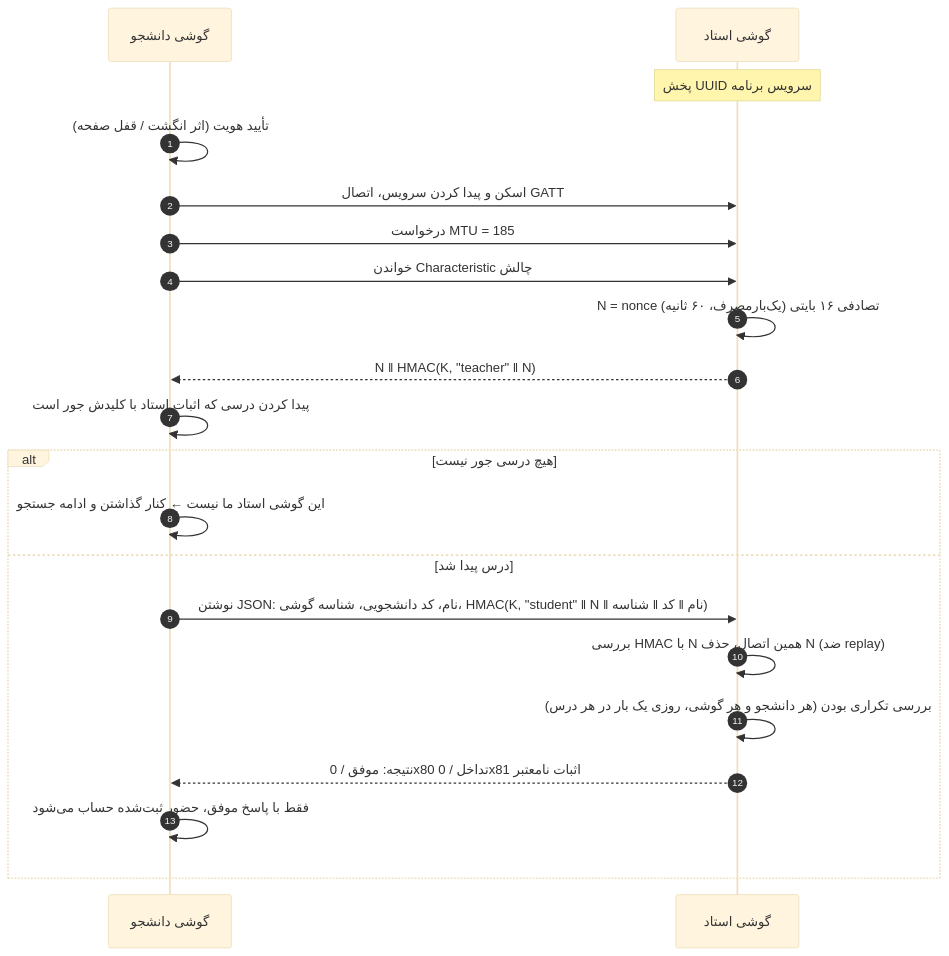
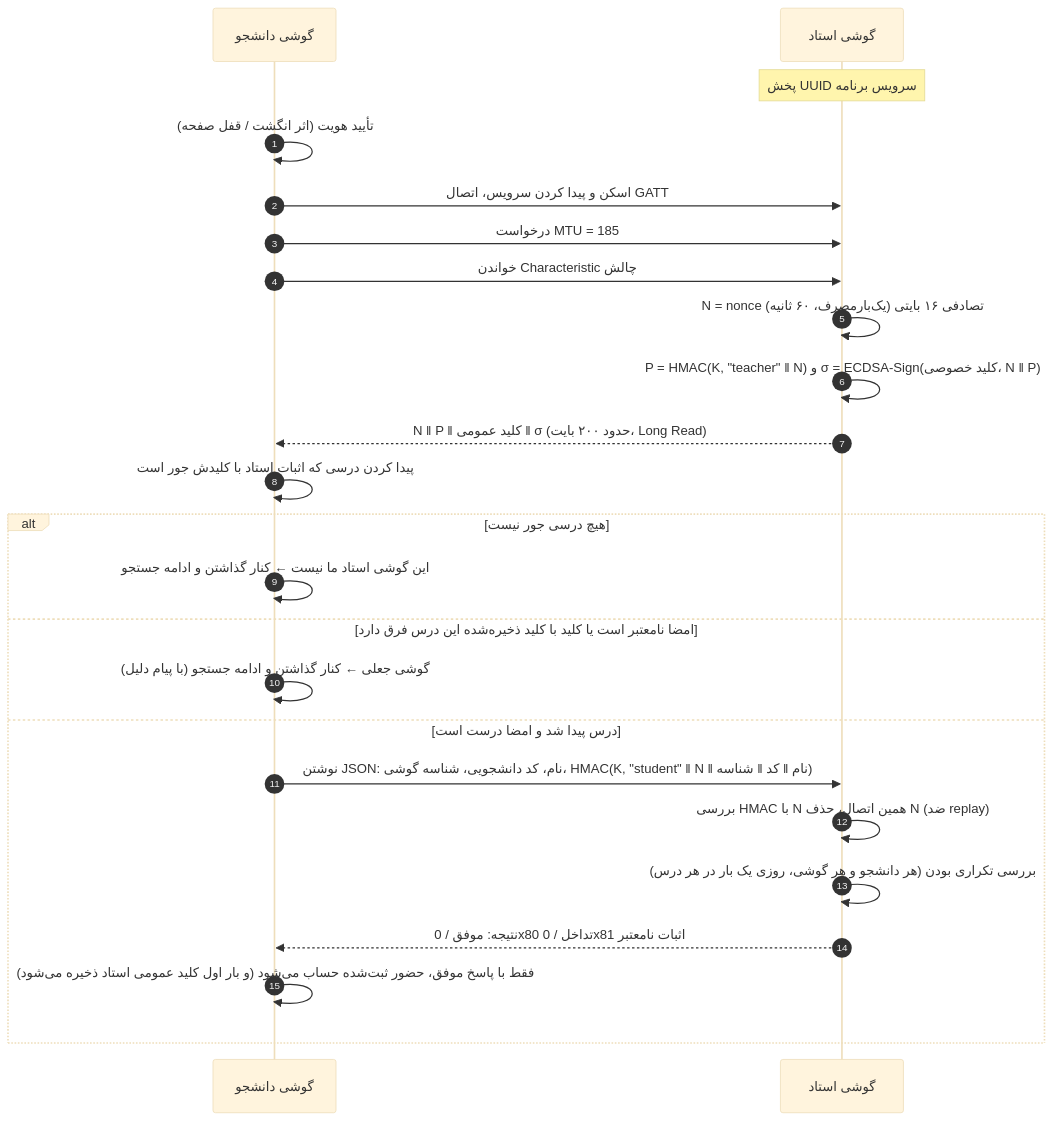
The third of 4 diagrams in docs/report.md (ali-cev-1200/Presence), drawn with Mermaid (base theme) before and after one commit. The commit also changed other lines of this file and 1 other file, not shown here.

Commit message:
docs : امضای دیجیتال استاد در README و گزارش (پروتکل، تهدیدها و آزمون‌ها)

````diff
--- a/docs/report.md
+++ b/docs/report.md
@@ -102,23 +119,26 @@
 ```mermaid
 sequenceDiagram
     autonumber
     participant S as گوشی دانشجو
     participant T as گوشی استاد
     Note over T: پخش UUID سرویس برنامه
     S->>S: تأیید هویت (اثر انگشت / قفل صفحه)
     S->>T: اسکن و پیدا کردن سرویس، اتصال GATT
     S->>T: درخواست MTU = 185
     S->>T: خواندن Characteristic چالش
     T->>T: N = nonce تصادفی ۱۶ بایتی (یک‌بارمصرف، ۶۰ ثانیه)
-    T-->>S: N ‖ HMAC(K, "teacher" ‖ N)
+    T->>T: P = HMAC(K, "teacher" ‖ N) و σ = ECDSA-Sign(کلید خصوصی، N ‖ P)
+    T-->>S: N ‖ P ‖ کلید عمومی ‖ σ (حدود ۲۰۰ بایت، Long Read)
     S->>S: پیدا کردن درسی که اثبات استاد با کلیدش جور است
     alt هیچ درسی جور نیست
         S->>S: این گوشی استاد ما نیست ← کنار گذاشتن و ادامه جستجو
-    else درس پیدا شد
+    else امضا نامعتبر است یا کلید با کلید ذخیره‌شده این درس فرق دارد
+        S->>S: گوشی جعلی ← کنار گذاشتن و ادامه جستجو (با پیام دلیل)
+    else درس پیدا شد و امضا درست است
         S->>T: نوشتن JSON: نام، کد دانشجویی، شناسه گوشی، HMAC(K, "student" ‖ N ‖ نام ‖ کد ‖ شناسه)
         T->>T: بررسی HMAC با N همین اتصال، حذف N (ضد replay)
         T->>T: بررسی تکراری بودن (هر دانشجو و هر گوشی، روزی یک بار در هر درس)
         T-->>S: نتیجه: موفق / 0x80 تداخل / 0x81 اثبات نامعتبر
-        S->>S: فقط با پاسخ موفق، حضور ثبت‌شده حساب می‌شود
+        S->>S: فقط با پاسخ موفق، حضور ثبت‌شده حساب می‌شود (و بار اول کلید عمومی استاد ذخیره می‌شود)
     end
 ```
````
